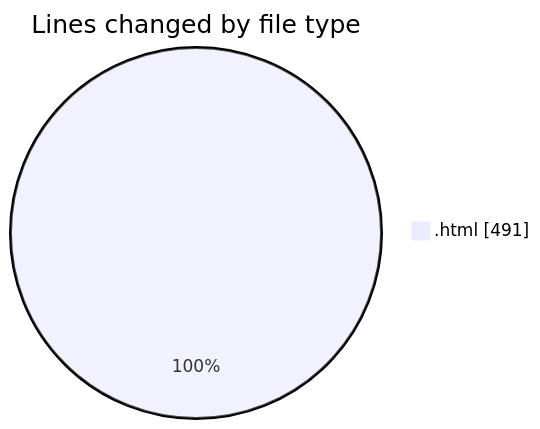
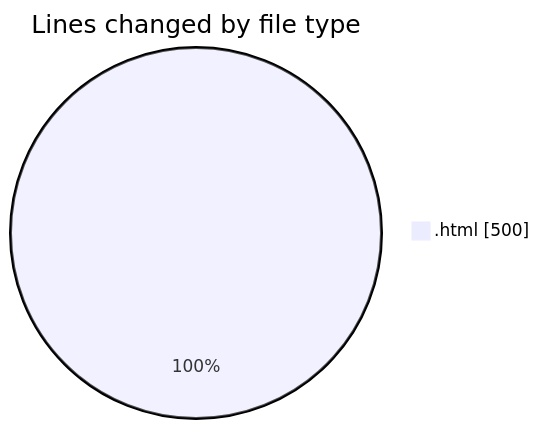
The first of 2 diagrams in 2025-01-07/nueva_carpeta/README.md (LanceThiago/code-tracking), drawn with Mermaid before and after one commit. The commit also changed other lines of this file and 1 other file, not shown here.

````diff
--- a/2025-01-07/nueva_carpeta/README.md
+++ b/2025-01-07/nueva_carpeta/README.md
@@ -20,5 +20,5 @@
 ```mermaid
 pie showData
 title Lines changed by file type
-".html" : 491
+".html" : 500
 ```
````
